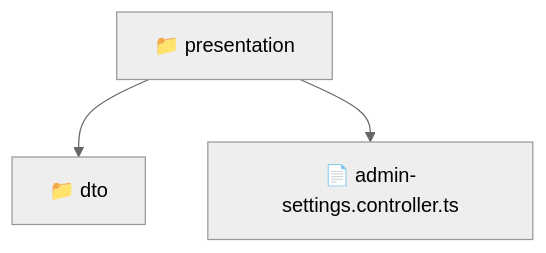
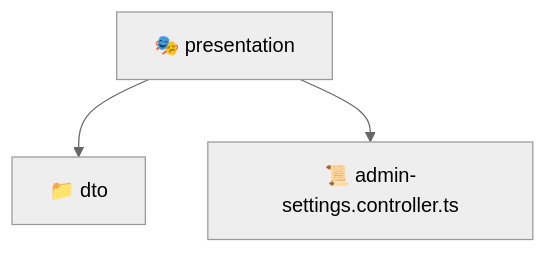
One commit to beginwebdev2002/fullstack-mavluda changed the diagram in backend/src/modules/admin-settings/presentation/README.md. Above: the diagram before and after it, drawn with Mermaid (neutral theme). The commit also changed other lines of this file and 163 other files, not shown here.

````diff
--- a/backend/src/modules/admin-settings/presentation/README.md
+++ b/backend/src/modules/admin-settings/presentation/README.md
@@ -9,6 +9,6 @@
 ```mermaid
 graph TD
-  Root["📁 presentation"]
-  Root --> dto["📁 dto"]
-  Root --> admin_settings_controller_ts["📄 admin-settings.controller.ts"]
+  presentation["🎭 presentation"]
+  presentation --> dto["📁 dto"]
+  presentation --> admin_settings_controller_ts["📜 admin-settings.controller.ts"]
 ```
````
